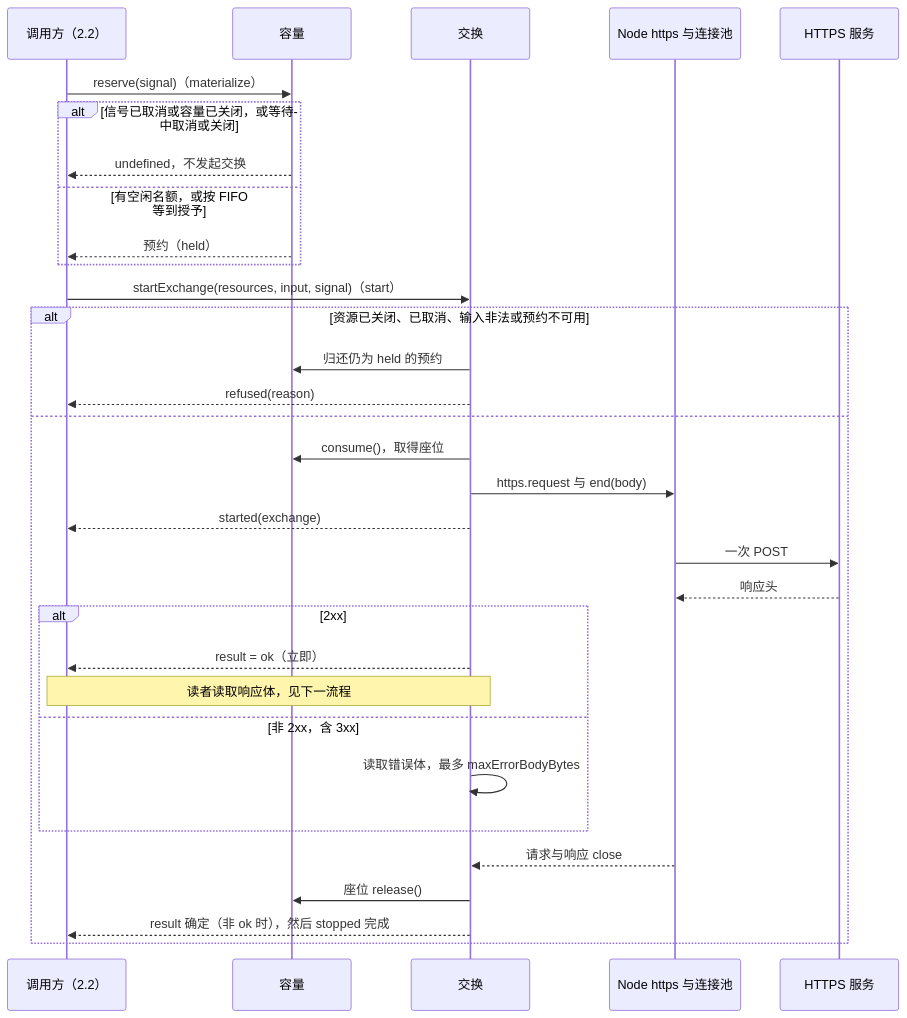
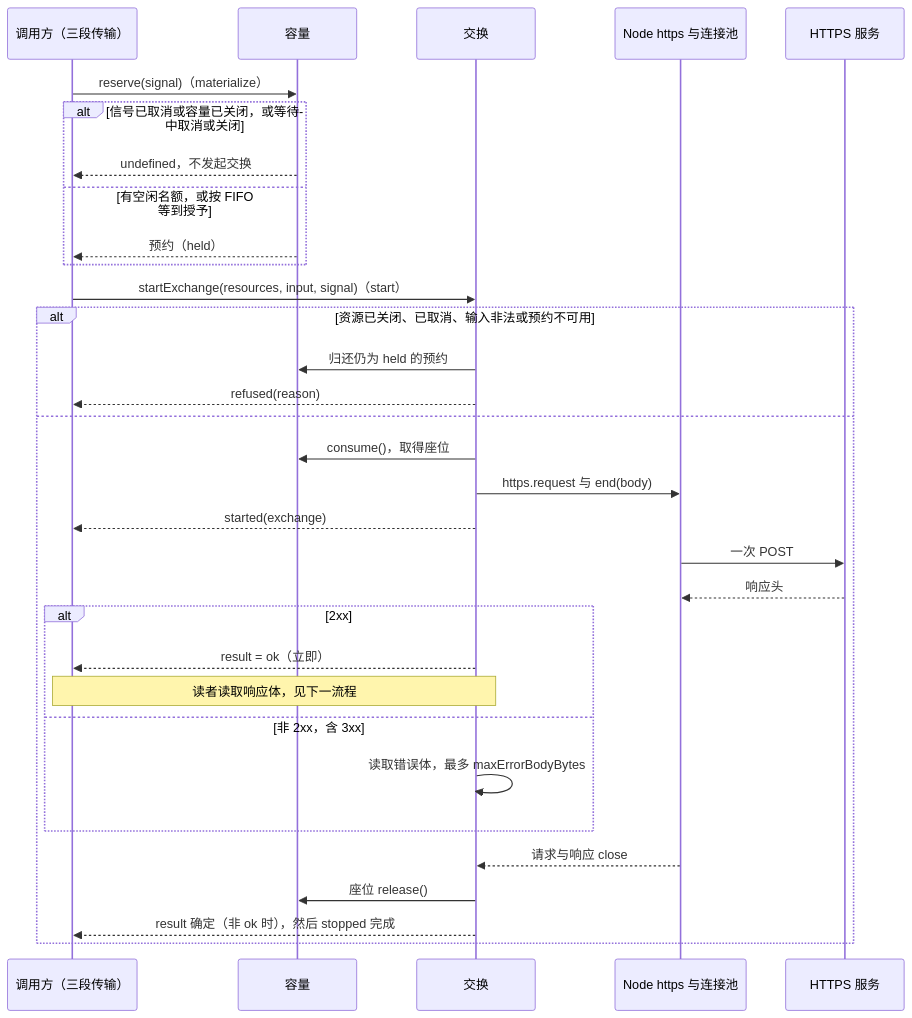
Before and after one commit to nemori-ai/omne-harness-lite: the second of 4 diagrams in packages/model/pi-ai-transport/docs/flows.md, drawn with Mermaid. The commit also changed other lines of this file and 16 other files, not shown here.

````diff
--- a/packages/model/pi-ai-transport/docs/flows.md
+++ b/packages/model/pi-ai-transport/docs/flows.md
@@ -9,34 +49,34 @@
 ```mermaid
 sequenceDiagram
-  participant Caller as 调用方（2.2）
+  participant Caller as 调用方（三段传输）
   participant Cap as 容量
   participant Ex as 交换
   participant Pool as Node https 与连接池
   participant Server as HTTPS 服务
   Caller->>Cap: reserve(signal)（materialize）
   alt 信号已取消或容量已关闭，或等待中取消或关闭
     Cap-->>Caller: undefined，不发起交换
   else 有空闲名额，或按 FIFO 等到授予
     Cap-->>Caller: 预约（held）
   end
   Caller->>Ex: startExchange(resources, input, signal)（start）
   alt 资源已关闭、已取消、输入非法或预约不可用
     Ex->>Cap: 归还仍为 held 的预约
     Ex-->>Caller: refused(reason)
   else
     Ex->>Cap: consume()，取得座位
     Ex->>Pool: https.request 与 end(body)
     Ex-->>Caller: started(exchange)
     Pool->>Server: 一次 POST
     Server-->>Pool: 响应头
     alt 2xx
       Ex-->>Caller: result = ok（立即）
       Note over Caller,Ex: 读者读取响应体，见下一流程
     else 非 2xx，含 3xx
       Ex->>Ex: 读取错误体，最多 maxErrorBodyBytes
     end
     Pool-->>Ex: 请求与响应 close
     Ex->>Cap: 座位 release()
     Ex-->>Caller: result 确定（非 ok 时），然后 stopped 完成
   end
 ```
````
